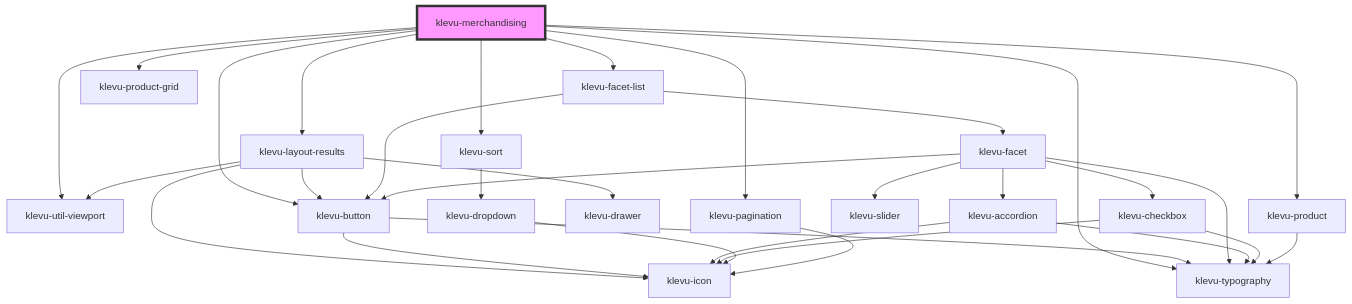
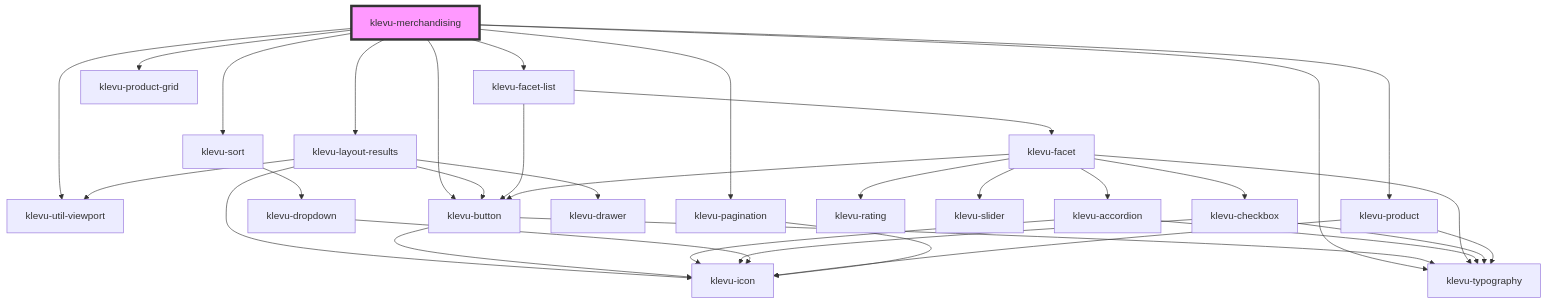
One commit to klevultd/frontend-sdk changed the diagram in packages/klevu-ui/src/components/klevu-merchandising/readme.md. Above: the diagram before and after it, drawn with Mermaid. The commit also changed 21 other files, not shown here.

````diff
--- a/packages/klevu-ui/src/components/klevu-merchandising/readme.md
+++ b/packages/klevu-ui/src/components/klevu-merchandising/readme.md
@@ -41,34 +41,36 @@
 ```mermaid
 graph TD;
   klevu-merchandising --> klevu-util-viewport
   klevu-merchandising --> klevu-layout-results
   klevu-merchandising --> klevu-facet-list
   klevu-merchandising --> klevu-typography
   klevu-merchandising --> klevu-sort
   klevu-merchandising --> klevu-product-grid
   klevu-merchandising --> klevu-product
   klevu-merchandising --> klevu-pagination
   klevu-merchandising --> klevu-button
   klevu-layout-results --> klevu-util-viewport
   klevu-layout-results --> klevu-button
   klevu-layout-results --> klevu-icon
   klevu-layout-results --> klevu-drawer
   klevu-button --> klevu-icon
   klevu-button --> klevu-typography
   klevu-facet-list --> klevu-facet
   klevu-facet-list --> klevu-button
   klevu-facet --> klevu-accordion
+  klevu-facet --> klevu-rating
   klevu-facet --> klevu-typography
   klevu-facet --> klevu-slider
   klevu-facet --> klevu-checkbox
   klevu-facet --> klevu-button
   klevu-accordion --> klevu-typography
   klevu-accordion --> klevu-icon
   klevu-checkbox --> klevu-icon
   klevu-checkbox --> klevu-typography
   klevu-sort --> klevu-dropdown
   klevu-dropdown --> klevu-icon
+  klevu-product --> klevu-icon
   klevu-product --> klevu-typography
   klevu-pagination --> klevu-icon
   style klevu-merchandising fill:#f9f,stroke:#333,stroke-width:4px
 ```
````
